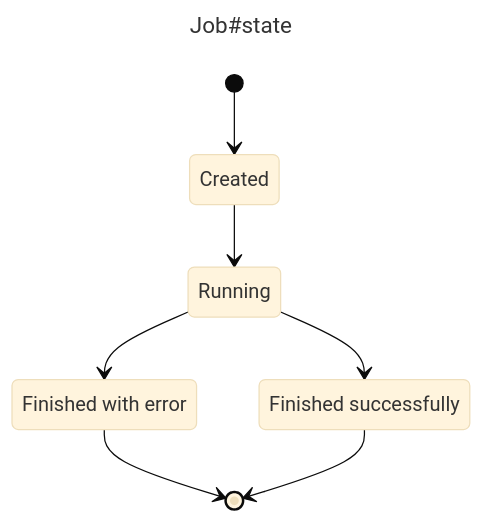
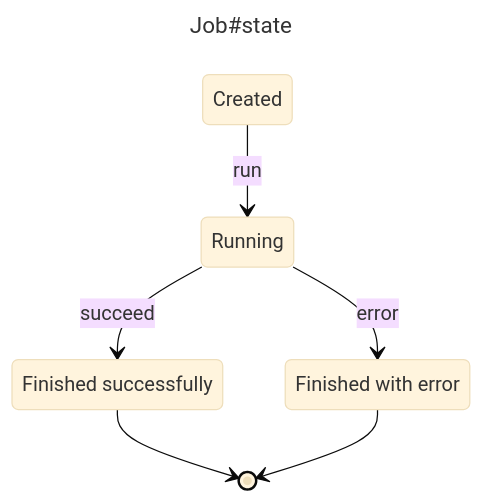
One commit to kamil-gwozdz/aasm-vis changed the diagram in README.md. Above: the diagram before and after it, drawn with Mermaid (base theme). The commit also changed other lines of this file and 4 other files, not shown here.

First line of the commit message:
feat: label state-diagram edges with their event name

````diff
--- a/README.md
+++ b/README.md
@@ -39,19 +47,18 @@
 ```mermaid
 ---
 title: Job#state
 ---
 stateDiagram-v2
 
 created : Created
 running : Running
 finished_successfully : Finished successfully
 finished_with_error : Finished with error
-  
-[*] --> created
-created --> running
-running --> finished_with_error
-running --> finished_successfully
 
+created --> running : run
+running --> finished_successfully : succeed
+running --> finished_with_error : error
+
+finished_successfully --> [*]
 finished_with_error --> [*]
-finished_successfully --> [*]
 ```
````
